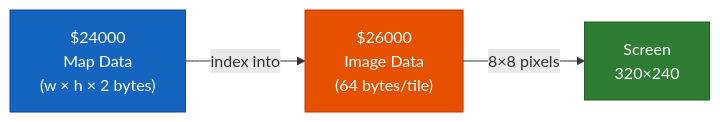
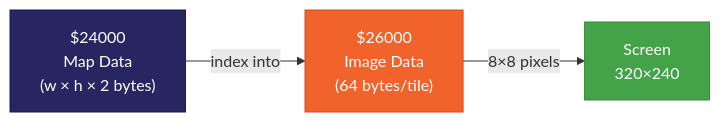
The diagram in sphinx-docs/guide/tiles.md (FoenixRetro/f256-superbasic), drawn with Mermaid before and after one commit. The commit also changed other lines of this file and 13 other files, not shown here.

````diff
--- a/sphinx-docs/guide/tiles.md
+++ b/sphinx-docs/guide/tiles.md
@@ -35,8 +35,8 @@
 ```{mermaid}
 flowchart LR
-    MAP["$24000<br/>Map Data<br/>(w × h × 2 bytes)"] -- index into --> IMG["$26000<br/>Image Data<br/>(64 bytes/tile)"] -- 8×8 pixels --> SCR["Screen<br/>320×240"]
+    classDef primary fill:#272662,color:#fff,stroke:#1a1a4a
+    classDef secondary fill:#F1632B,color:#fff,stroke:#d14a1a
+    classDef accent fill:#44A348,color:#fff,stroke:#358a38
 
-    style MAP fill:#1565c0,color:#fff,stroke:#0d47a1
-    style IMG fill:#e65100,color:#fff,stroke:#bf360c
-    style SCR fill:#2e7d32,color:#fff,stroke:#1b5e20
+    MAP["$24000<br/>Map Data<br/>(w × h × 2 bytes)"]:::primary -- index into --> IMG["$26000<br/>Image Data<br/>(64 bytes/tile)"]:::secondary -- 8×8 pixels --> SCR["Screen<br/>320×240"]:::accent
 ```
````
